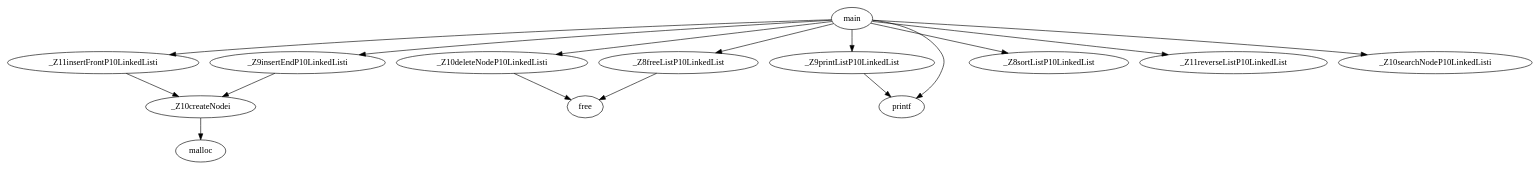
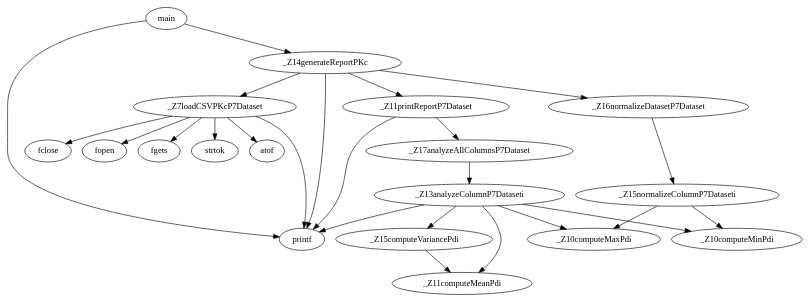
One commit to EmonRezaBD/commitFuzz changed the diagram in graph.dot. Above: the diagram before and after it, drawn with Graphviz. The commit also changed 5 other files, not shown here.

Commit message:
Bug fix: Download graph

```diff
--- a/graph.dot
+++ b/graph.dot
@@ -1,17 +1,26 @@
 digraph G {
-_Z10createNodei->malloc;
-_Z11insertFrontP10LinkedListi->_Z10createNodei;
-_Z9insertEndP10LinkedListi->_Z10createNodei;
-_Z10deleteNodeP10LinkedListi->free;
-_Z9printListP10LinkedList->printf;
-_Z8freeListP10LinkedList->free;
-main->_Z9insertEndP10LinkedListi;
-main->_Z11insertFrontP10LinkedListi;
-main->_Z9printListP10LinkedList;
-main->_Z10deleteNodeP10LinkedListi;
-main->_Z8sortListP10LinkedList;
-main->_Z11reverseListP10LinkedList;
-main->_Z10searchNodeP10LinkedListi;
+_Z15computeVariancePdi->_Z11computeMeanPdi;
+_Z7loadCSVPKcP7Dataset->fopen;
+_Z7loadCSVPKcP7Dataset->printf;
+_Z7loadCSVPKcP7Dataset->fgets;
+_Z7loadCSVPKcP7Dataset->strtok;
+_Z7loadCSVPKcP7Dataset->atof;
+_Z7loadCSVPKcP7Dataset->fclose;
+_Z13analyzeColumnP7Dataseti->printf;
+_Z13analyzeColumnP7Dataseti->_Z10computeMinPdi;
+_Z13analyzeColumnP7Dataseti->_Z10computeMaxPdi;
+_Z13analyzeColumnP7Dataseti->_Z11computeMeanPdi;
+_Z13analyzeColumnP7Dataseti->_Z15computeVariancePdi;
+_Z17analyzeAllColumnsP7Dataset->_Z13analyzeColumnP7Dataseti;
+_Z15normalizeColumnP7Dataseti->_Z10computeMinPdi;
+_Z15normalizeColumnP7Dataseti->_Z10computeMaxPdi;
+_Z16normalizeDatasetP7Dataset->_Z15normalizeColumnP7Dataseti;
+_Z11printReportP7Dataset->printf;
+_Z11printReportP7Dataset->_Z17analyzeAllColumnsP7Dataset;
+_Z14generateReportPKc->_Z7loadCSVPKcP7Dataset;
+_Z14generateReportPKc->printf;
+_Z14generateReportPKc->_Z16normalizeDatasetP7Dataset;
+_Z14generateReportPKc->_Z11printReportP7Dataset;
 main->printf;
-main->_Z8freeListP10LinkedList;
+main->_Z14generateReportPKc;
 }
```
